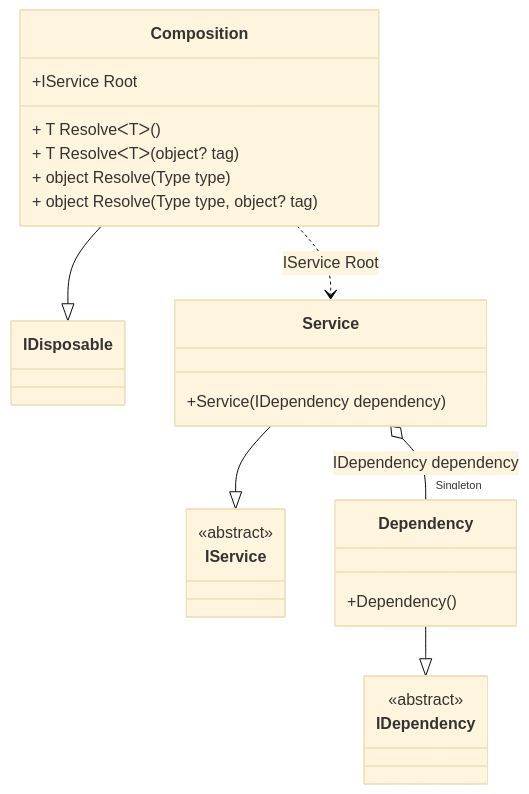
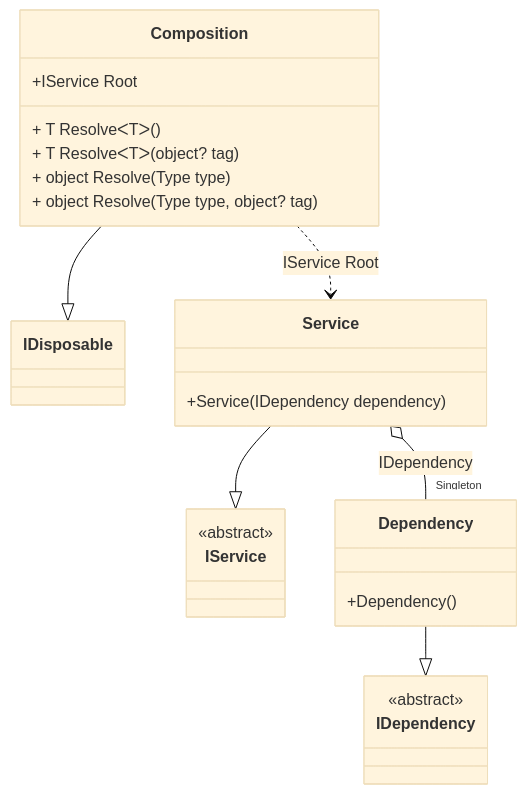
Before and after one commit to DevTeam/Pure.DI: the diagram in readme/child-composition.md, drawn with Mermaid (base theme). The commit also changed other lines of this file and 84 other files, not shown here.

````diff
--- a/readme/child-composition.md
+++ b/readme/child-composition.md
@@ -56,27 +56,27 @@
 ```mermaid
 classDiagram
   class Composition {
     +IService Root
     + T ResolveᐸTᐳ()
     + T ResolveᐸTᐳ(object? tag)
     + object Resolve(Type type)
     + object Resolve(Type type, object? tag)
   }
   Composition --|> IDisposable
   Service --|> IService : 
   class Service {
     +Service(IDependency dependency)
   }
   Dependency --|> IDependency : 
   class Dependency {
     +Dependency()
   }
   class IService {
     <<abstract>>
   }
   class IDependency {
     <<abstract>>
   }
-  Service o--  "Singleton" Dependency : IDependency dependency
+  Service o--  "Singleton" Dependency : IDependency
   Composition ..> Service : IService Root
 ```
````
